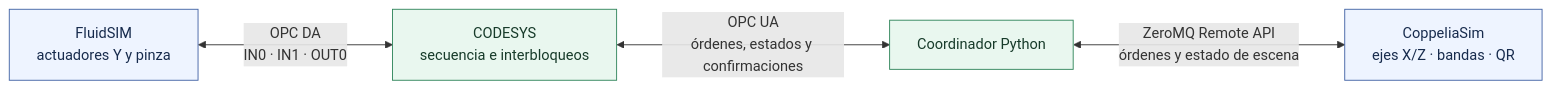
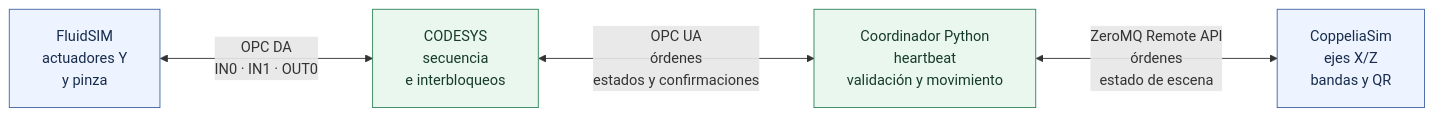
The diagram in docs/arquitectura_neumatica.md (GinnethRubio/Mini-ASRS), drawn with Mermaid before and after one commit. The commit also changed 2 other files, not shown here.

Commit message:
Prevent diagram labels from clipping

````diff
--- a/docs/arquitectura_neumatica.md
+++ b/docs/arquitectura_neumatica.md
@@ -42,9 +42,9 @@
 ```mermaid
-%%{init: {"flowchart": {"htmlLabels": true, "nodeSpacing": 80, "rankSpacing": 100, "curve": "linear"}}}%%
+%%{init: {"flowchart": {"htmlLabels": true, "nodeSpacing": 90, "rankSpacing": 120, "curve": "linear", "padding": 18}}}%%
 flowchart LR
-    FS["FluidSIM<br/>actuadores Y y pinza"] <-->|"OPC DA<br/>IN0 · IN1 · OUT0"| PLC["CODESYS<br/>secuencia e interbloqueos"] <-->|"OPC UA<br/>órdenes, estados y confirmaciones"| PY["Coordinador Python"] <-->|"ZeroMQ Remote API<br/>órdenes y estado de escena"| SIM["CoppeliaSim<br/>ejes X/Z · bandas · QR"]
+    FS["FluidSIM<br/>actuadores Y<br/>y pinza"] <-->|"OPC DA<br/>IN0 · IN1 · OUT0"| PLC["CODESYS<br/>secuencia<br/>e interbloqueos"] <-->|"OPC UA<br/>órdenes<br/>estados y confirmaciones"| PY["Coordinador Python<br/>heartbeat<br/>validación y movimiento"] <-->|"ZeroMQ Remote API<br/>órdenes<br/>estado de escena"| SIM["CoppeliaSim<br/>ejes X/Z<br/>bandas y QR"]
     classDef ext fill:#eef4ff,stroke:#4263a5,color:#172b4d;
     classDef ctl fill:#e9f7ef,stroke:#2f855a,color:#173b2a;
     class FS,SIM ext;
     class PLC,PY ctl;
 ```
````
